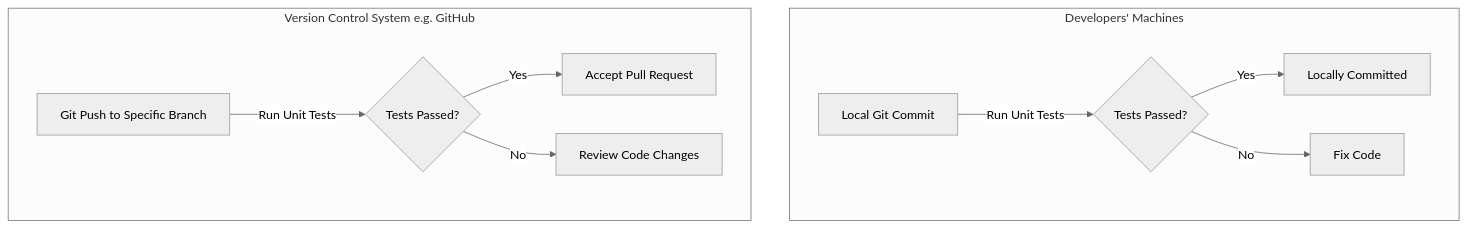
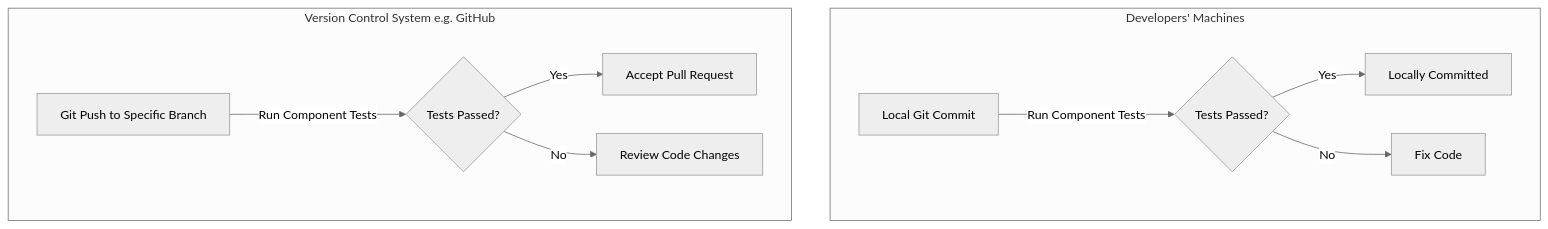
Before and after one commit to NASA-AMMOS/slim: the second of 2 diagrams in docs/guides/software-lifecycle/continuous-testing/README.md, drawn with Mermaid (neutral theme). The commit also changed other lines of this file and 2 other files, not shown here.

````diff
--- a/docs/guides/software-lifecycle/continuous-testing/README.md
+++ b/docs/guides/software-lifecycle/continuous-testing/README.md
@@ -363,14 +354,14 @@
 ```mermaid
 graph TD
     subgraph Developers' Machines
-        A[Local Git Commit] -->|Run Unit Tests| B{Tests Passed?}
+        A[Local Git Commit] -->|Run Component Tests| B{Tests Passed?}
         B -->|Yes| C[Locally Committed]
         B -->|No| D[Fix Code]
     end
 
     subgraph VCS[Version Control System e.g. GitHub]
-        E[Git Push to Specific Branch] -->|Run Unit Tests| F{Tests Passed?}
+        E[Git Push to Specific Branch] -->|Run Component Tests| F{Tests Passed?}
         F -->|Yes| G[Accept Pull Request]
         F -->|No| H[Review Code Changes]
     end
 ```
````
